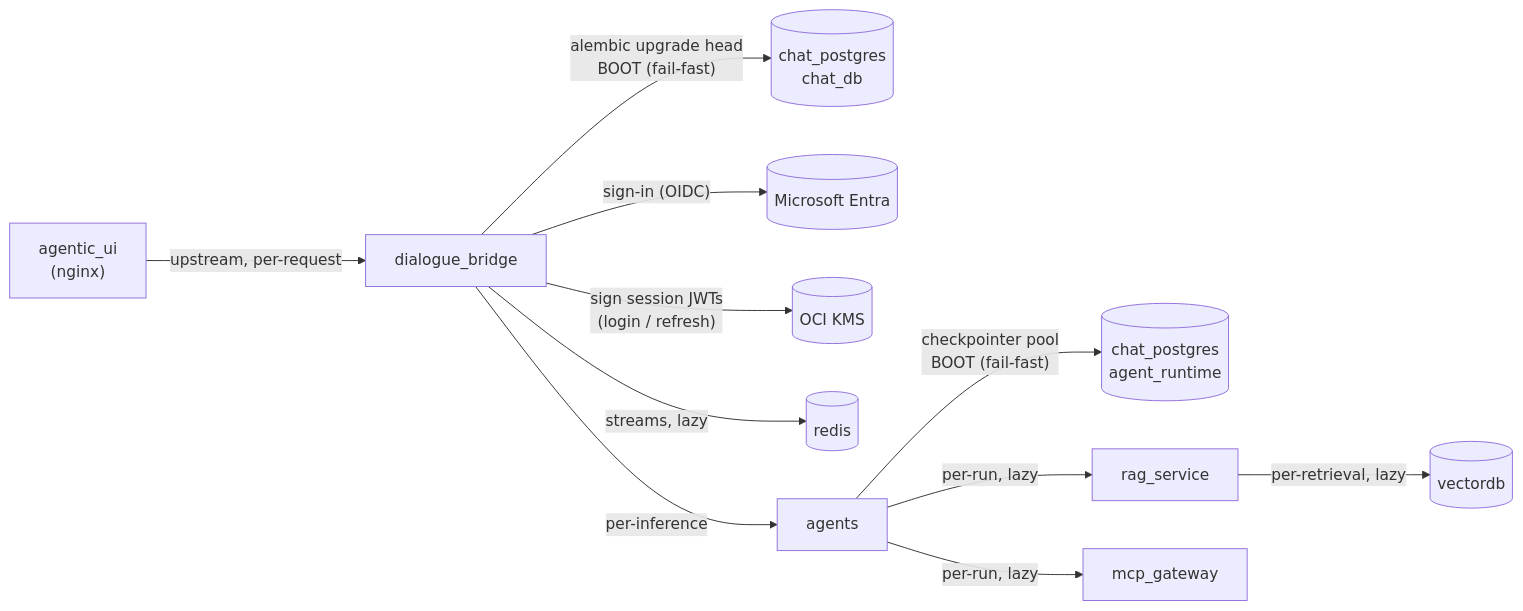
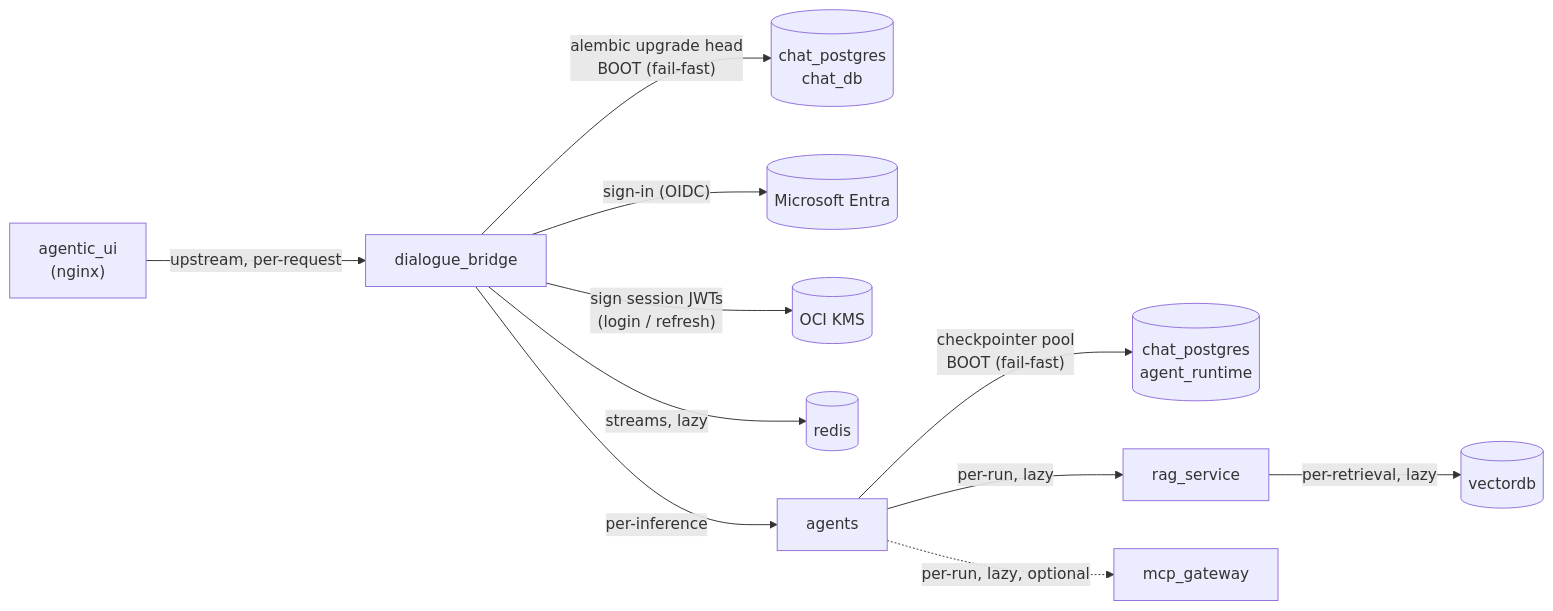
One commit to konstantinosmpouros/mAgenticX changed the diagram in docs/architecture/service-startup.md. Above: the diagram before and after it, drawn with Mermaid. The commit also changed other lines of this file and 31 other files, not shown here.

````diff
--- a/docs/architecture/service-startup.md
+++ b/docs/architecture/service-startup.md
@@ -9,13 +9,13 @@
 ```mermaid
 flowchart LR
     NGINX["agentic_ui\n(nginx)"] -->|"upstream, per-request"| BFF["dialogue_bridge"]
     BFF -->|"alembic upgrade head\nBOOT (fail-fast)"| PG_CHAT[("chat_postgres\nchat_db")]
     BFF -->|"sign-in (OIDC)"| ENTRA[("Microsoft Entra")]
     BFF -->|"sign session JWTs\n(login / refresh)"| KMS[("OCI KMS")]
     BFF -->|"streams, lazy"| REDIS[("redis")]
     BFF -->|"per-inference"| AGENTS["agents"]
     AGENTS -->|"checkpointer pool\nBOOT (fail-fast)"| PG_RT[("chat_postgres\nagent_runtime")]
     AGENTS -->|"per-run, lazy"| RAG["rag_service"]
-    AGENTS -->|"per-run, lazy"| MCP["mcp_gateway"]
+    AGENTS -.->|"per-run, lazy, optional"| MCP["mcp_gateway"]
     RAG -->|"per-retrieval, lazy"| CHROMA[("vectordb")]
 ```
````
